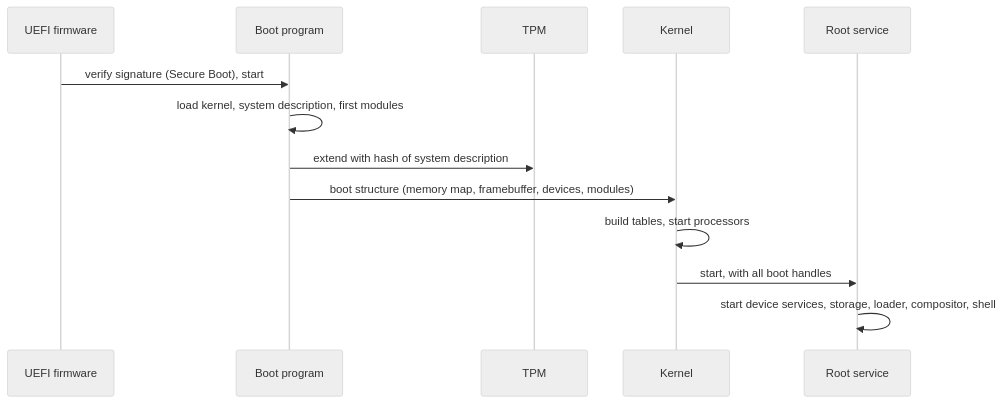
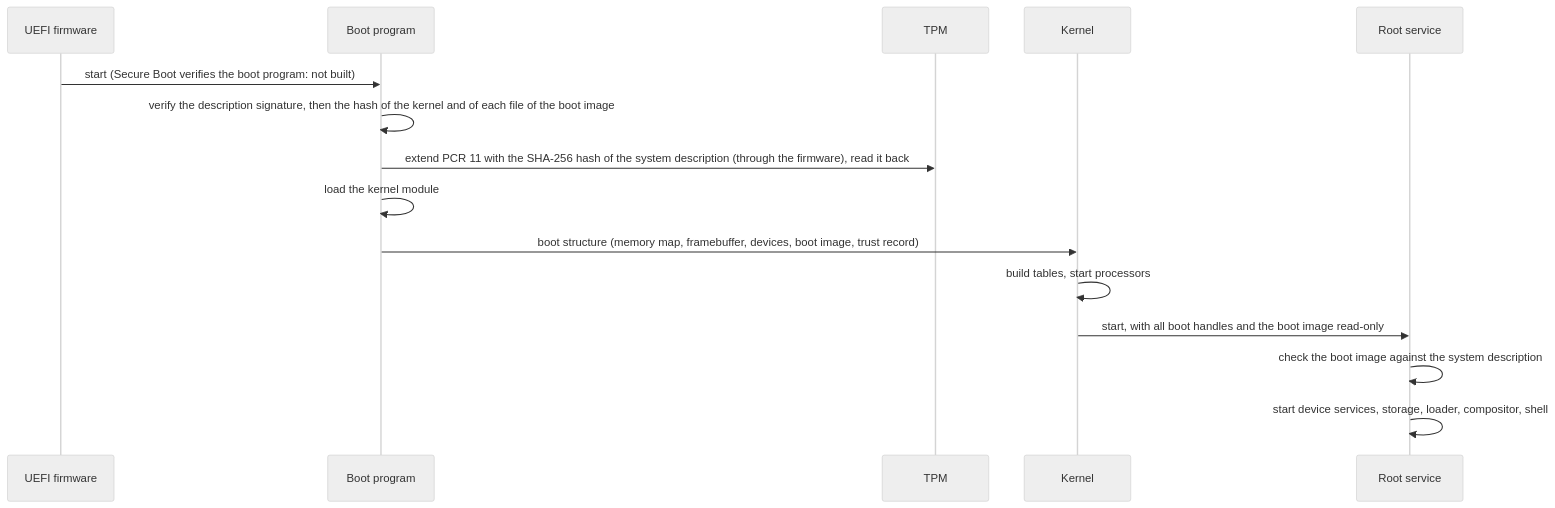
Before and after one commit to sachahjkl/kernel: the third of 5 diagrams in docs/ARCHITECTURE.md, drawn with Mermaid (neutral theme). The commit also changed other lines of this file and 30 other files, not shown here.

Commit message:
Trusted boot, two layers: the signed system description checked by the boot program and the root service; the measure in PCR 11 through the firmware; Secure Boot designed

````diff
--- a/docs/ARCHITECTURE.md
+++ b/docs/ARCHITECTURE.md
@@ -902,15 +904,17 @@
 ```mermaid
 sequenceDiagram
   participant FW as UEFI firmware
   participant BP as Boot program
   participant TPM
   participant K as Kernel
   participant R as Root service
-  FW->>BP: verify signature (Secure Boot), start
-  BP->>BP: load kernel, system description, first modules
-  BP->>TPM: extend with hash of system description
-  BP->>K: boot structure (memory map, framebuffer, devices, modules)
+  FW->>BP: start (Secure Boot verifies the boot program: not built)
+  BP->>BP: verify the description signature, then the hash of the kernel and of each file of the boot image
+  BP->>TPM: extend PCR 11 with the SHA-256 hash of the system description (through the firmware), read it back
+  BP->>BP: load the kernel module
+  BP->>K: boot structure (memory map, framebuffer, devices, boot image, trust record)
   K->>K: build tables, start processors
-  K->>R: start, with all boot handles
+  K->>R: start, with all boot handles and the boot image read-only
+  R->>R: check the boot image against the system description
   R->>R: start device services, storage, loader, compositor, shell
 ```
````
